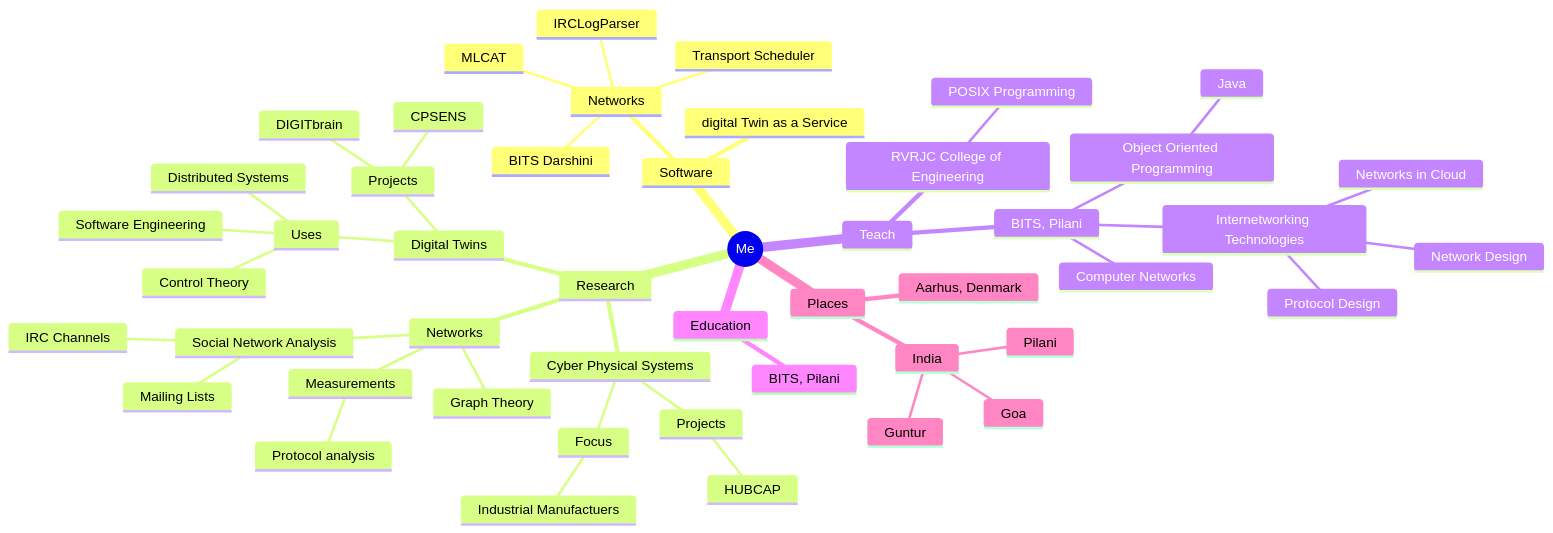
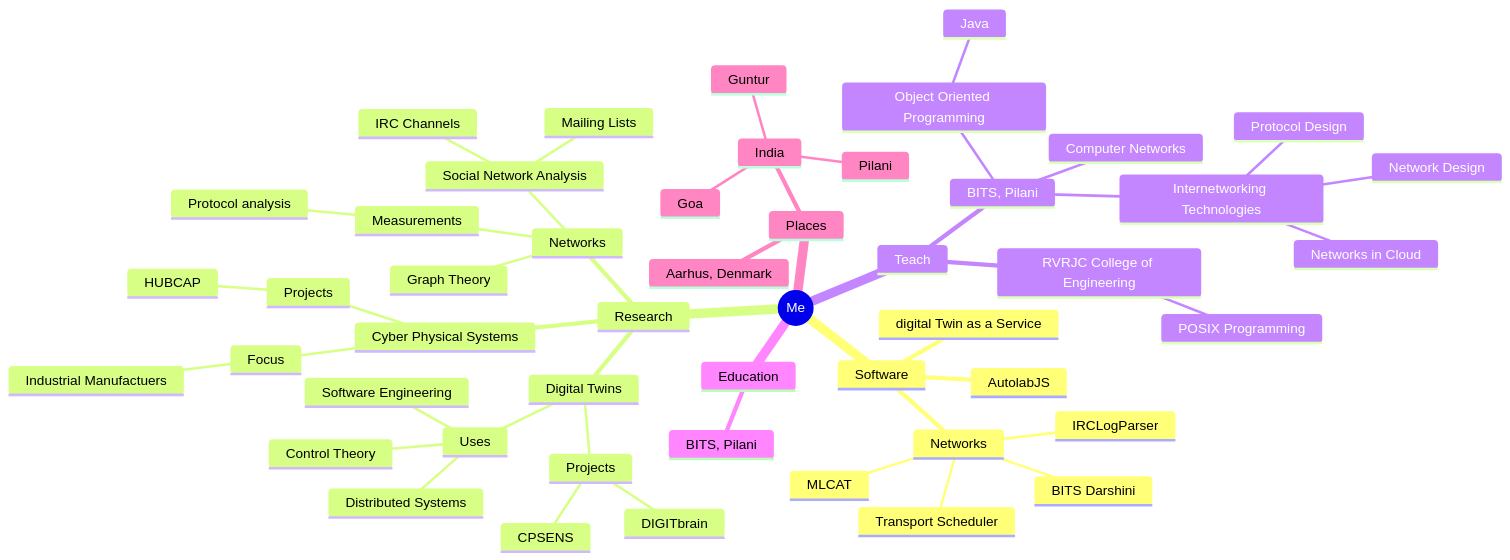
The diagram in README.md (prasadtalasila/prasadtalasila), drawn with Mermaid before and after one commit.

````diff
--- a/README.md
+++ b/README.md
@@ -37,51 +37,52 @@
 ```mermaid
 mindmap
   root((Me))
     Software
       digital Twin as a Service
       Networks
         IRCLogParser
         MLCAT
         BITS Darshini
         Transport Scheduler      
+      AutolabJS
     Research
       Digital Twins
         Uses
             Software Engineering
             Distributed Systems
             Control Theory
         Projects
             DIGITbrain
             CPSENS
       Cyber Physical Systems
         Focus
             Industrial Manufactuers
         Projects
             HUBCAP
       Networks
         Graph Theory
         Measurements
             Protocol analysis
         Social Network Analysis
             IRC Channels
             Mailing Lists
     Teach
       BITS, Pilani
         Object Oriented Programming
           Java
         Internetworking Technologies
           Network Design
           Networks in Cloud
           Protocol Design
         Computer Networks
       RVRJC College of Engineering
         POSIX Programming
     Education
       BITS, Pilani
     Places
       Aarhus, Denmark
       India
         Goa
         Pilani
         Guntur
 ```
````
